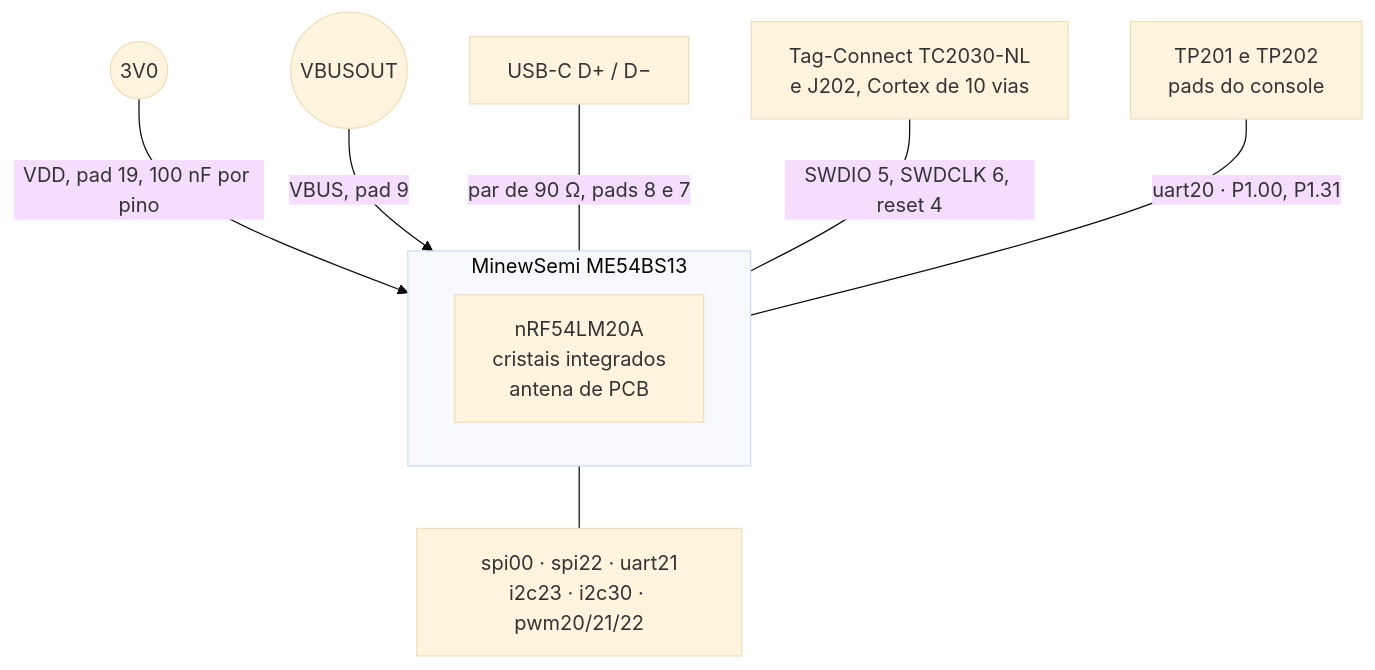
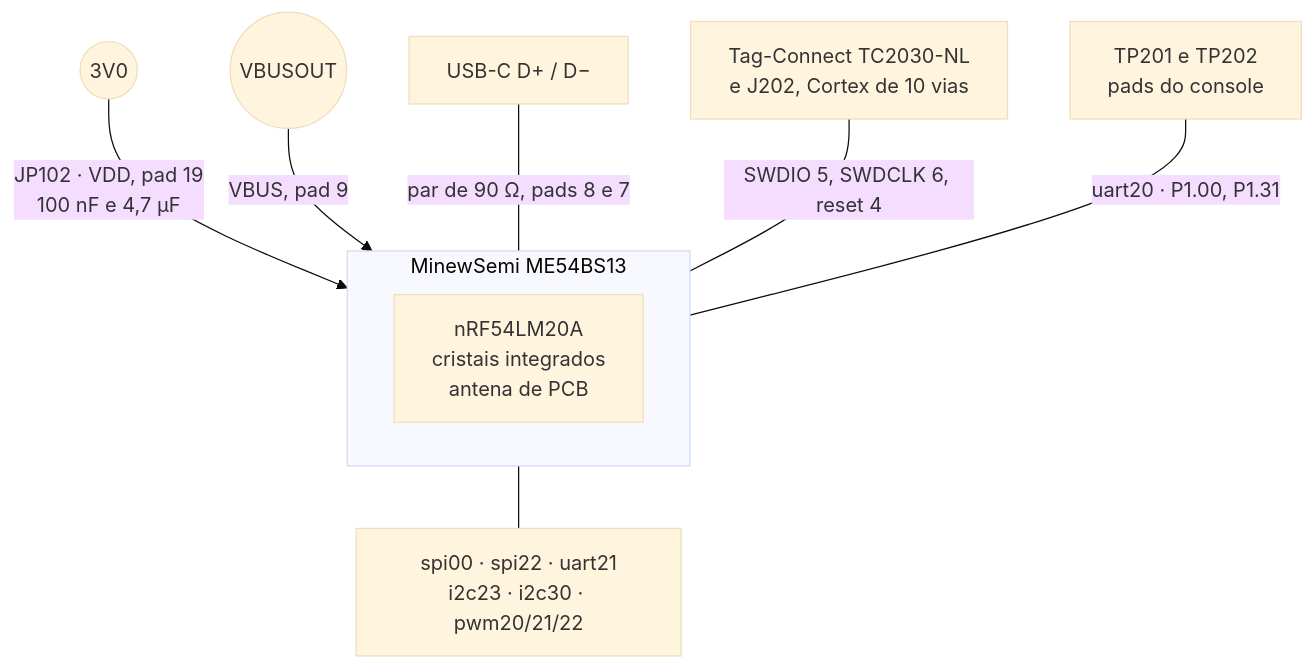
The second of 6 diagrams in hardware_gnssbike/01-esquematico.md (Guiimartinho/gnss-bike-computer), drawn with Mermaid (base theme) before and after one commit. The commit also changed other lines of this file and 63 other files, not shown here.

````diff
--- a/hardware_gnssbike/01-esquematico.md
+++ b/hardware_gnssbike/01-esquematico.md
@@ -186,12 +214,12 @@
 ```mermaid
 flowchart TB
     subgraph MOD["MinewSemi ME54BS13"]
         NRF["nRF54LM20A<br/>cristais integrados<br/>antena de PCB"]
     end
-    R3V0(("3V0")) -->|"VDD, pad 19, 100 nF por pino"| MOD
+    R3V0(("3V0")) -->|"JP102 · VDD, pad 19<br/>100 nF e 4,7 µF"| MOD
     VOUT(("VBUSOUT")) -->|"VBUS, pad 9"| MOD
     USBD["USB-C D+ / D−"] ---|"par de 90 Ω, pads 8 e 7"| MOD
     TC["Tag-Connect TC2030-NL<br/>e J202, Cortex de 10 vias"] ---|"SWDIO 5, SWDCLK 6, reset 4"| MOD
     TP["TP201 e TP202<br/>pads do console"] ---|"uart20 · P1.00, P1.31"| MOD
     MOD --- BUSES["spi00 · spi22 · uart21<br/>i2c23 · i2c30 · pwm20/21/22"]
 ```
````
